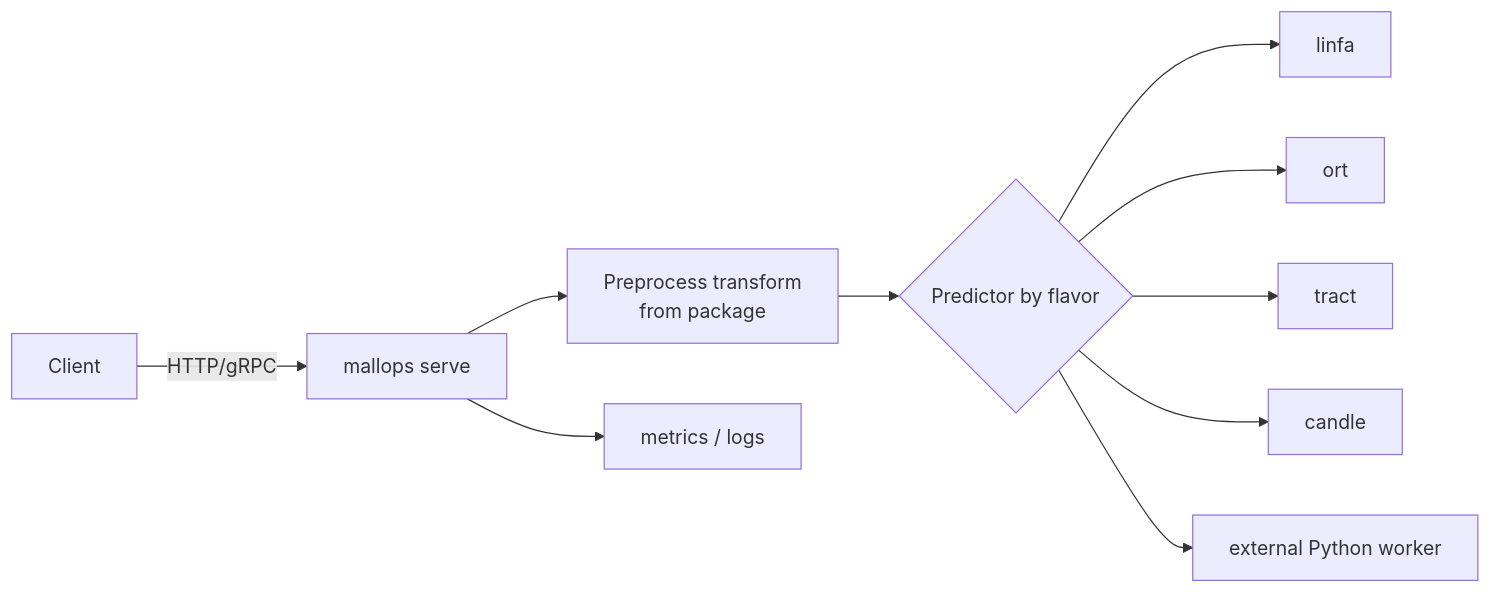
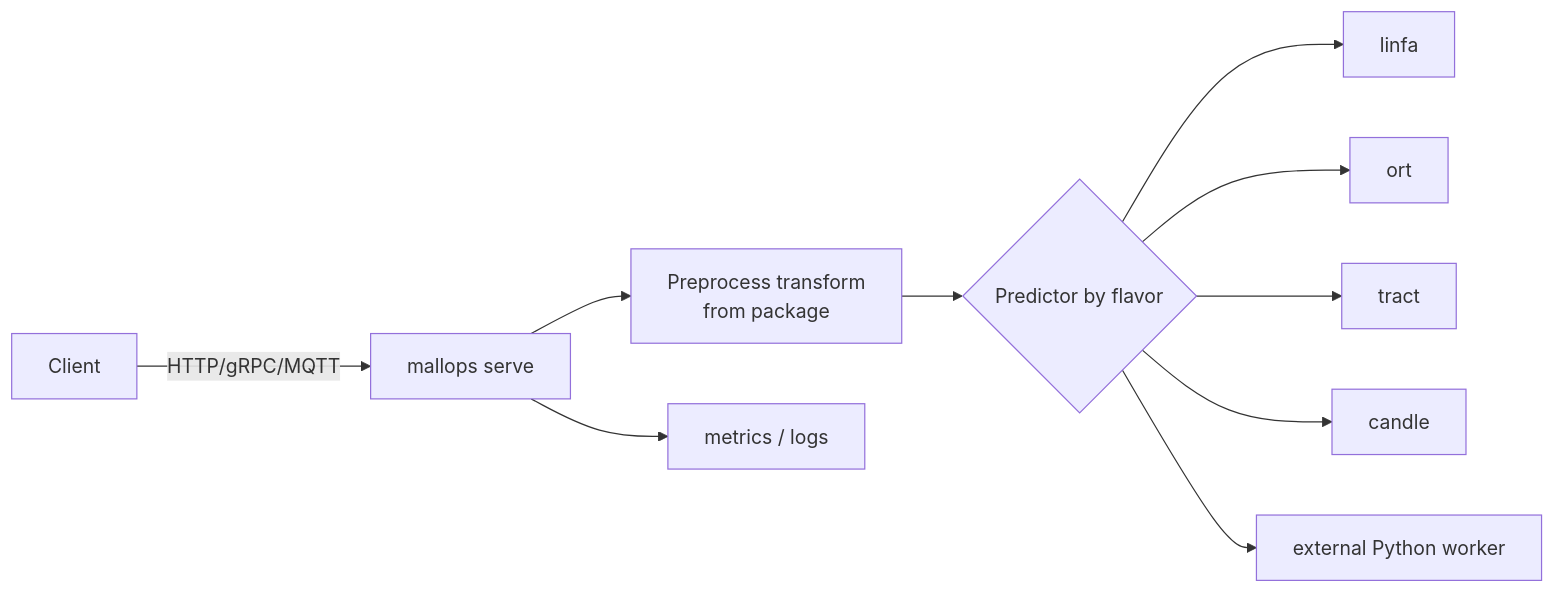
One commit to bighands2304/mallops changed the fourth of 5 diagrams in docs/ARCHITECTURE.md. Above: the diagram before and after it, drawn with Mermaid. The commit also changed other lines of this file and 5 other files, not shown here.

````diff
--- a/docs/ARCHITECTURE.md
+++ b/docs/ARCHITECTURE.md
@@ -298,12 +298,12 @@
 ```mermaid
 flowchart LR
-    C[Client] -->|HTTP/gRPC| S[mallops serve]
+    C[Client] -->|HTTP/gRPC/MQTT| S[mallops serve]
     S --> T[Preprocess transform<br/>from package]
     T --> P{Predictor by flavor}
     P --> LF[linfa]
     P --> O[ort]
     P --> TR[tract]
     P --> CA[candle]
     P --> EXT[external Python worker]
     S --> M[metrics / logs]
 ```
````
